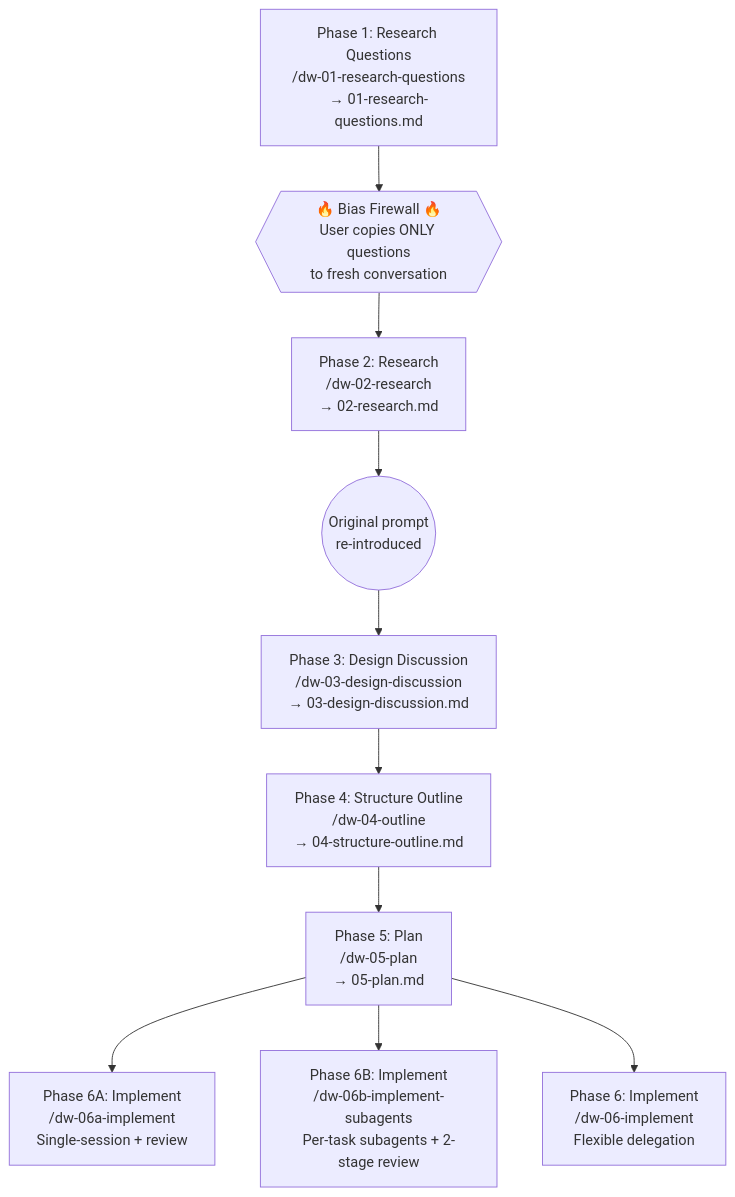
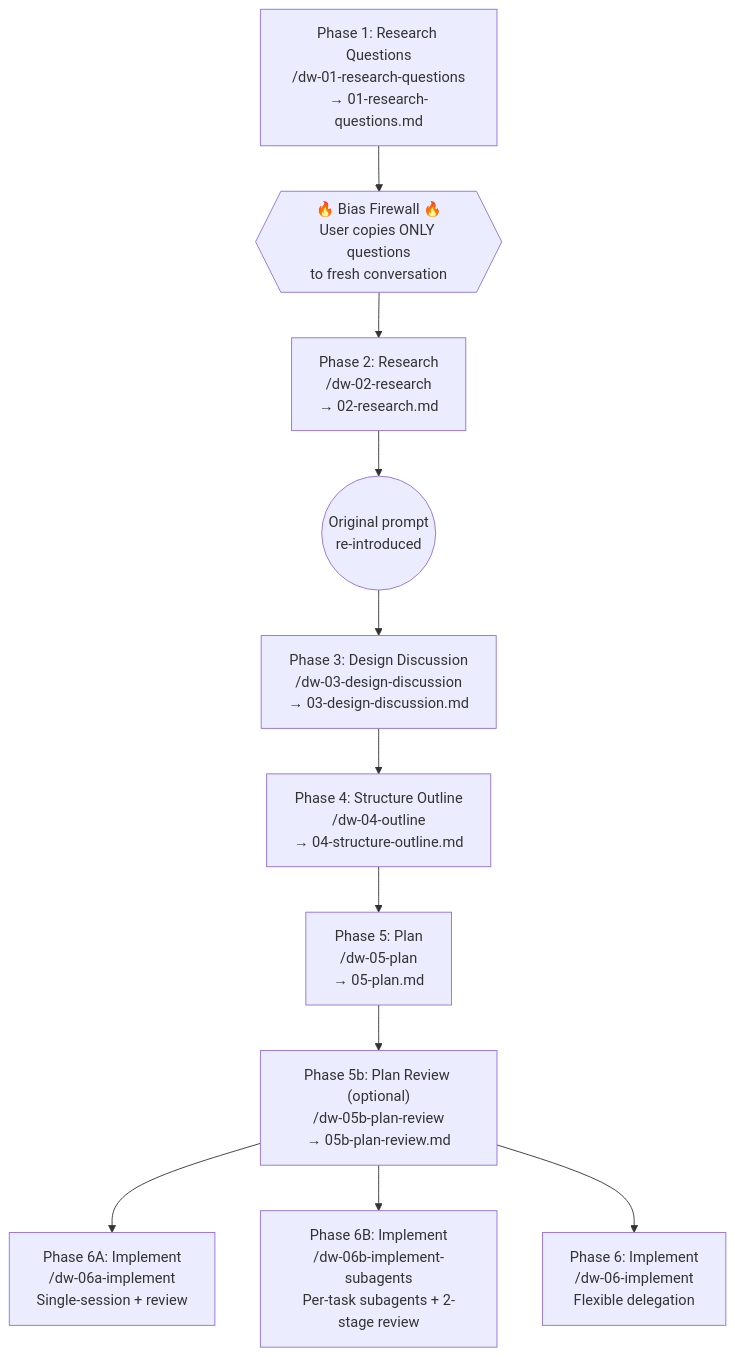
Before and after one commit to ronsanzone/claude-essentials: the diagram in README.md, drawn with Mermaid. The commit also changed other lines of this file and 2 other files, not shown here.

````diff
--- a/README.md
+++ b/README.md
@@ -11,20 +11,22 @@
 ```mermaid
 flowchart TD
     A["Phase 1: Research Questions\n/dw-01-research-questions\n→ 01-research-questions.md"]
     B["Phase 2: Research\n/dw-02-research\n→ 02-research.md"]
     C["Phase 3: Design Discussion\n/dw-03-design-discussion\n→ 03-design-discussion.md"]
     D["Phase 4: Structure Outline\n/dw-04-outline\n→ 04-structure-outline.md"]
     E["Phase 5: Plan\n/dw-05-plan\n→ 05-plan.md"]
+    E5b["Phase 5b: Plan Review (optional)\n/dw-05b-plan-review\n→ 05b-plan-review.md"]
     F1["Phase 6A: Implement\n/dw-06a-implement\nSingle-session + review"]
     F2["Phase 6B: Implement\n/dw-06b-implement-subagents\nPer-task subagents + 2-stage review"]
     F3["Phase 6: Implement\n/dw-06-implement\nFlexible delegation"]
     FW{{"🔥 Bias Firewall 🔥\nUser copies ONLY questions\nto fresh conversation"}}
     PR(("Original prompt\nre-introduced"))
 
     A --> FW --> B
     B --> PR --> C
     C --> D --> E
-    E --> F1
-    E --> F2
-    E --> F3
+    E --> E5b
+    E5b --> F1
+    E5b --> F2
+    E5b --> F3
 ```
````
